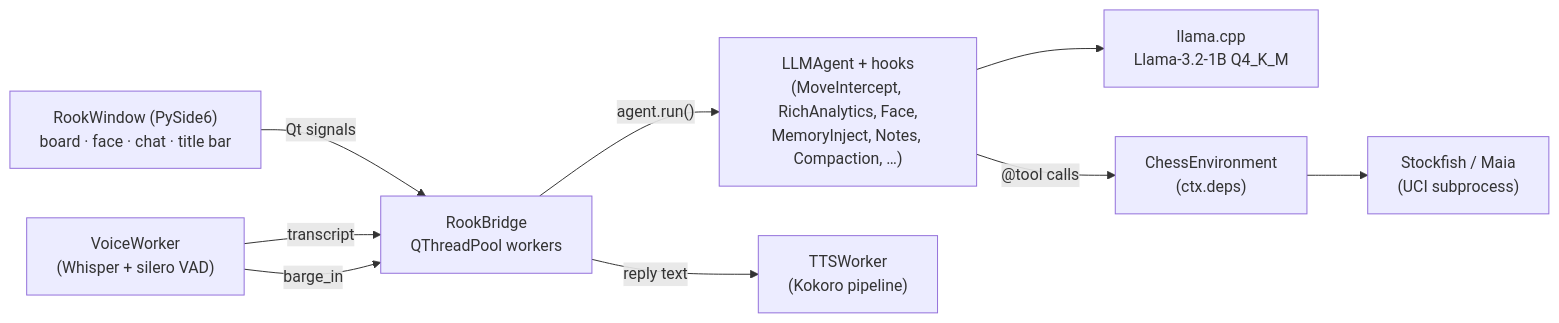
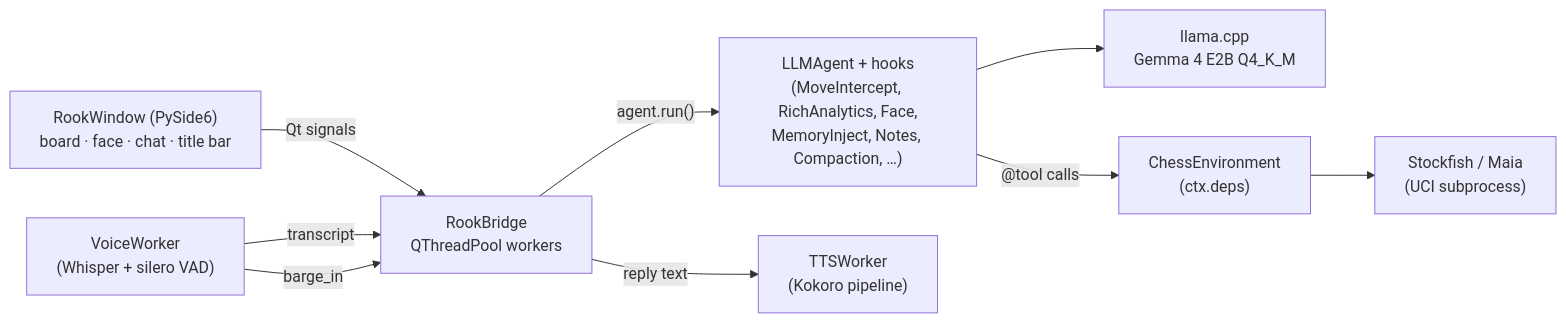
Before and after one commit to nrl-ai/edgevox: the diagram in docs/documentation/desktop.md, drawn with Mermaid. The commit also changed other lines of this file and 12 other files, not shown here.

````diff
--- a/docs/documentation/desktop.md
+++ b/docs/documentation/desktop.md
@@ -143,20 +143,20 @@
 ```mermaid
 flowchart LR
     UI["RookWindow (PySide6)<br/>board · face · chat · title bar"]
     Bridge["RookBridge<br/>QThreadPool workers"]
     Agent["LLMAgent + hooks<br/>(MoveIntercept, RichAnalytics, Face,<br/>MemoryInject, Notes, Compaction, …)"]
-    LLM["llama.cpp<br/>Llama-3.2-1B Q4_K_M"]
+    LLM["llama.cpp<br/>Gemma 4 E2B Q4_K_M"]
     Env["ChessEnvironment<br/>(ctx.deps)"]
     Fish["Stockfish / Maia<br/>(UCI subprocess)"]
     Voice["VoiceWorker<br/>(Whisper + silero VAD)"]
     TTS["TTSWorker<br/>(Kokoro pipeline)"]
 
     UI -- "Qt signals" --> Bridge
     Bridge -- "agent.run()" --> Agent
     Agent --> LLM
     Agent -- "@tool calls" --> Env
     Env --> Fish
     Voice -- "transcript" --> Bridge
     Bridge -- "reply text" --> TTS
     Voice -- "barge_in" --> Bridge
 ```
````
